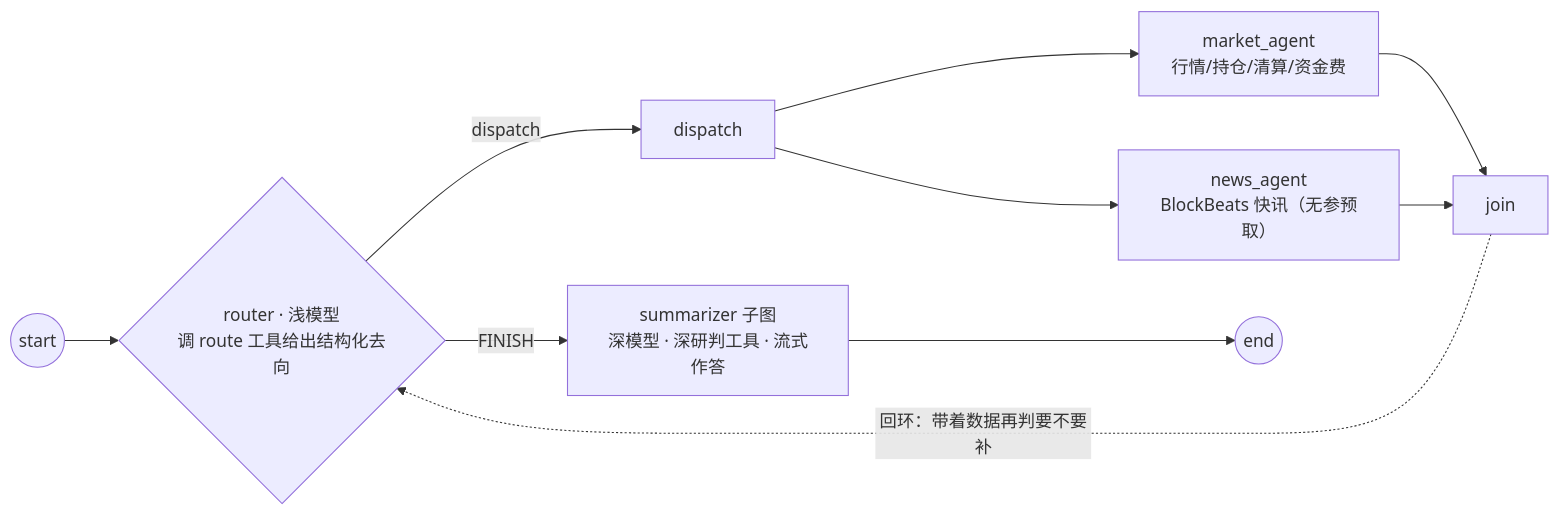
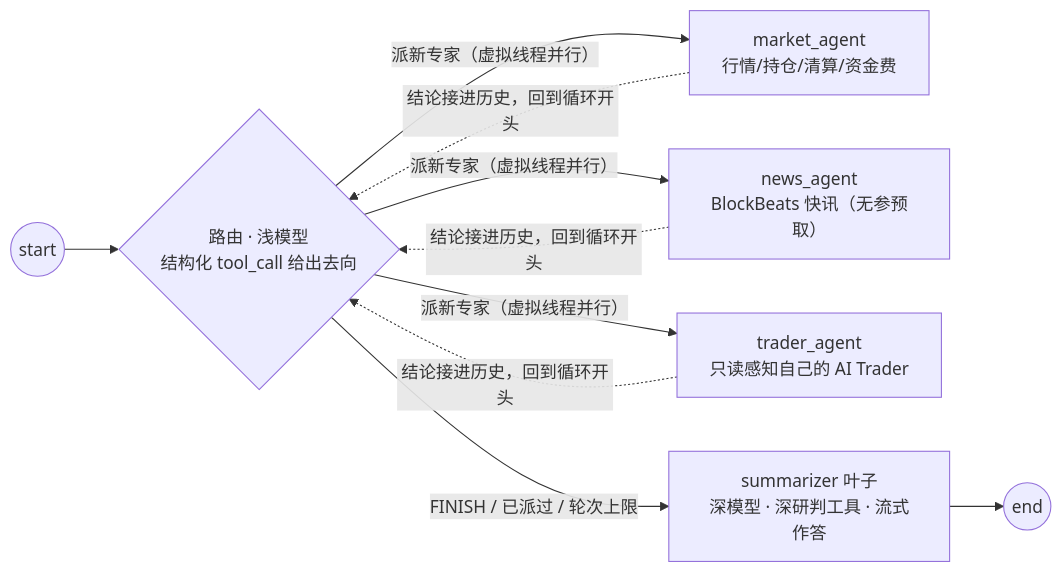
The sixth of 7 diagrams in README.md (mamawai/wiib), drawn with Mermaid before and after one commit. The commit also changed other lines of this file and 1 other file, not shown here.

Commit message:
docs: README agent harness 节对齐现状——learning 落地/chat 去图化/三阶段交接/指纹含 userId；删 wiib-sim 过时 LLM 注释

````diff
--- a/README.md
+++ b/README.md
@@ -297,20 +298,15 @@
 ```mermaid
 flowchart LR
     S((start))
-    R{"router · 浅模型<br/>调 route 工具给出结构化去向"}
-    D["dispatch"]
+    R{"路由 · 浅模型<br/>结构化 tool_call 给出去向"}
     M["market_agent<br/>行情/持仓/清算/资金费"]
     N["news_agent<br/>BlockBeats 快讯（无参预取）"]
-    J["join"]
-    SUM["summarizer 子图<br/>深模型 · 深研判工具 · 流式作答"]
+    T["trader_agent<br/>只读感知自己的 AI Trader"]
+    SUM["summarizer 叶子<br/>深模型 · 深研判工具 · 流式作答"]
     E((end))
     S --> R
-    R -->|dispatch| D
-    R -->|FINISH| SUM
-    D --> M
-    D --> N
-    M --> J
-    N --> J
-    J -.->|"回环：带着数据再判要不要补"| R
+    R -->|"派新专家（虚拟线程并行）"| M & N & T
+    M & N & T -.->|"结论接进历史，回到循环开头"| R
+    R -->|"FINISH / 已派过 / 轮次上限"| SUM
     SUM --> E
 ```
````
